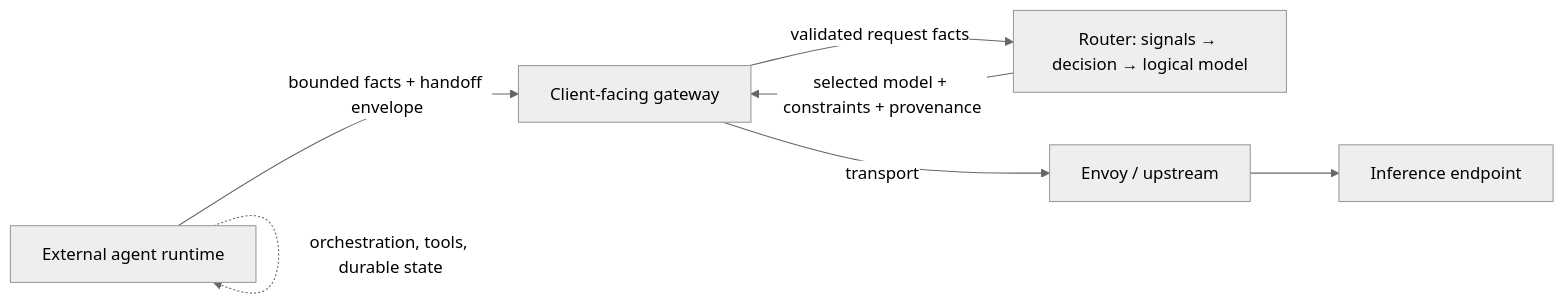
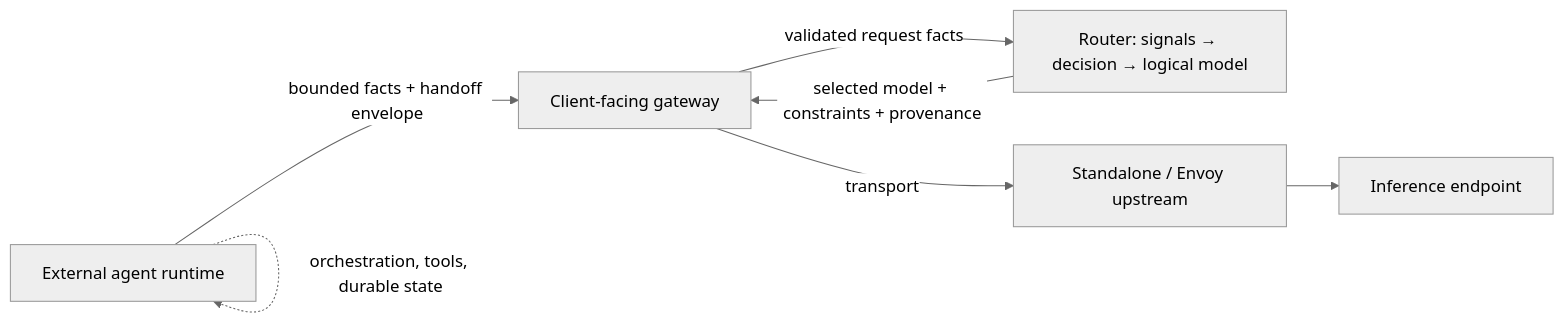
One commit to vllm-project/semantic-router changed the diagram in website/docs/proposals/agent-based-routing.md. Above: the diagram before and after it, drawn with Mermaid (neutral theme). The commit also changed other lines of this file and 178 other files, not shown here.

Commit message:
docs: align architecture and guides with the modular runtime (#4775)

````diff
--- a/website/docs/proposals/agent-based-routing.md
+++ b/website/docs/proposals/agent-based-routing.md
@@ -48,9 +48,9 @@
 ```mermaid
 flowchart LR
   Runtime["External agent runtime"] -->|"bounded facts + handoff envelope"| Gateway["Client-facing gateway"]
   Gateway -->|"validated request facts"| Router["Router: signals → decision → logical model"]
   Router -->|"selected model + constraints + provenance"| Gateway
-  Gateway -->|"transport"| Envoy["Envoy / upstream"]
+  Gateway -->|"transport"| Envoy["Standalone / Envoy upstream"]
   Envoy --> Model["Inference endpoint"]
   Runtime -.->|"orchestration, tools, durable state"| Runtime
 ```
````
